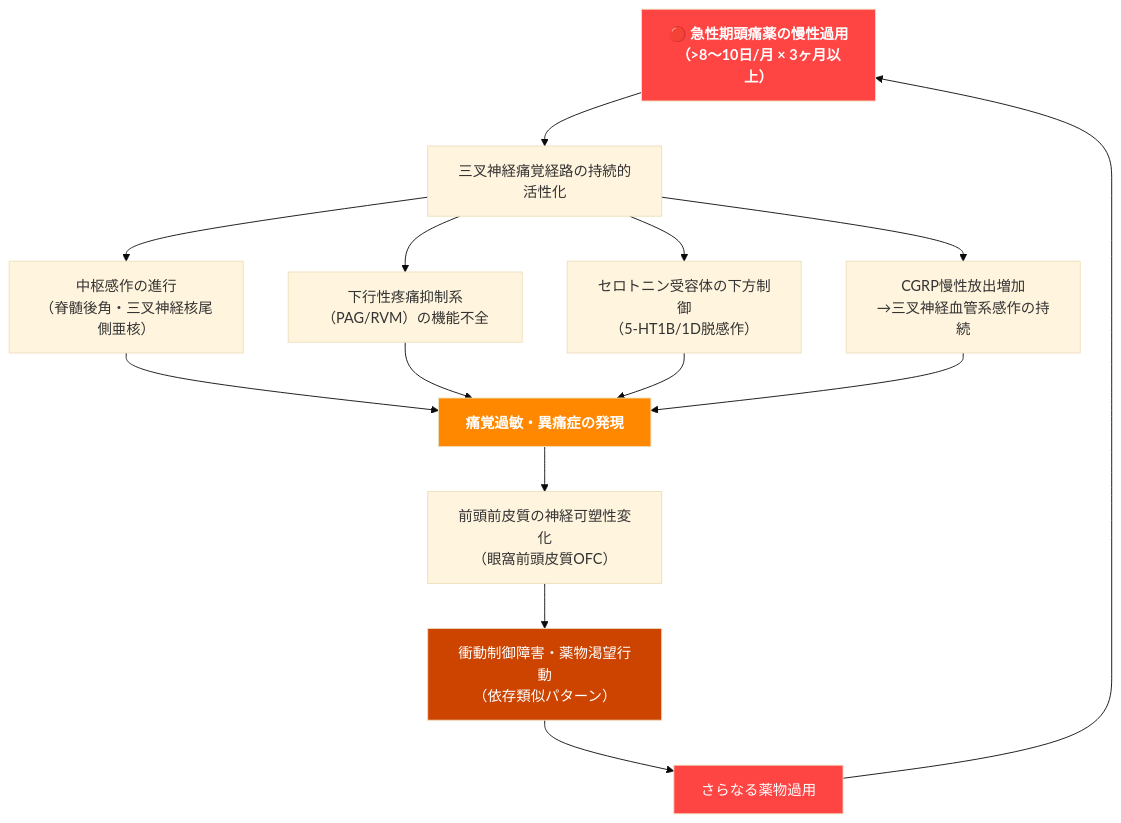
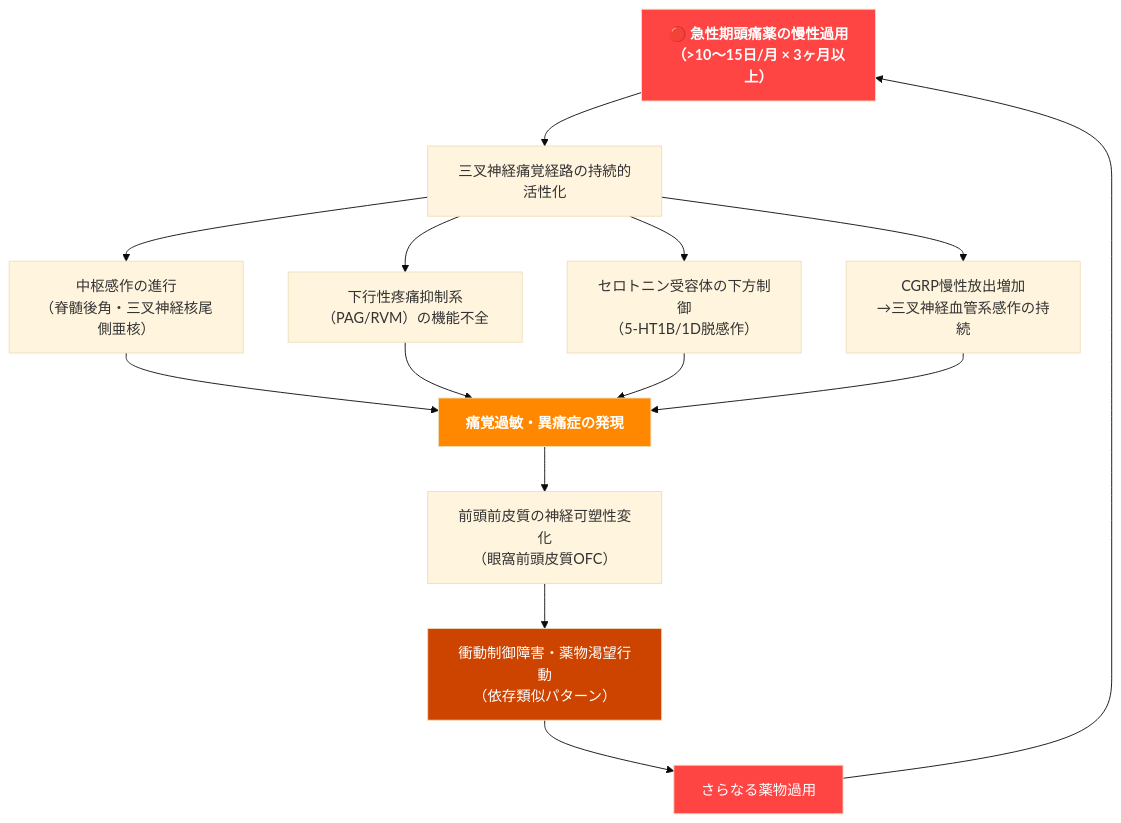
Before and after one commit to myoshi2891/Medical-Studies: the first of 5 diagrams in Types-of-headache/md-files/Medication-Overuse-Headache.md, drawn with Mermaid (base theme). The commit also changed other lines of this file and 4 other files, not shown here.

````diff
--- a/Types-of-headache/md-files/Medication-Overuse-Headache.md
+++ b/Types-of-headache/md-files/Medication-Overuse-Headache.md
@@ -111,21 +111,21 @@
 ```mermaid
 flowchart TD
-    A["🔴 急性期頭痛薬の慢性過用<br/>（>8〜10日/月 × 3ヶ月以上）"]
+    A["🔴 急性期頭痛薬の慢性過用<br/>（>10〜15日/月 × 3ヶ月以上）"]
     A --> B["三叉神経痛覚経路の持続的活性化"]
     B --> C["中枢感作の進行<br/>（脊髄後角・三叉神経核尾側亜核）"]
     B --> D["下行性疼痛抑制系（PAG/RVM）の機能不全"]
     C --> E["痛覚過敏・異痛症の発現"]
     D --> E
     E --> F["前頭前皮質の神経可塑性変化<br/>（眼窩前頭皮質OFC）"]
     F --> G["衝動制御障害・薬物渇望行動<br/>（依存類似パターン）"]
     G --> H["さらなる薬物過用"]
     H --> A
     B --> I["セロトニン受容体の下方制御<br/>（5-HT1B/1D脱感作）"]
     B --> J["CGRP慢性放出増加<br/>→三叉神経血管系感作の持続"]
     I --> E
     J --> E
     style A fill:#ff4444,color:#fff,font-weight:bold
     style H fill:#ff4444,color:#fff
     style E fill:#ff8800,color:#fff,font-weight:bold
     style G fill:#cc4400,color:#fff
 ```
````
